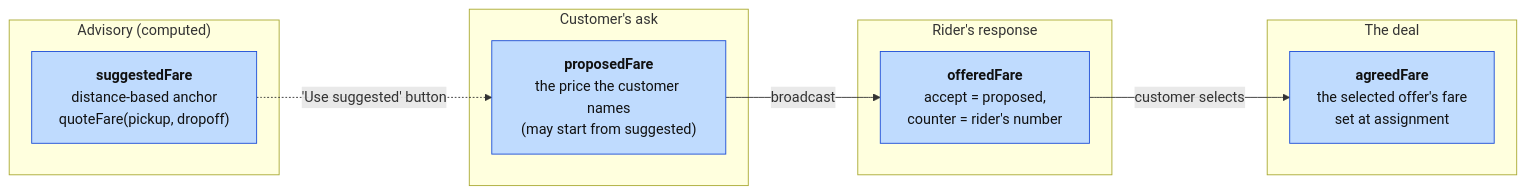
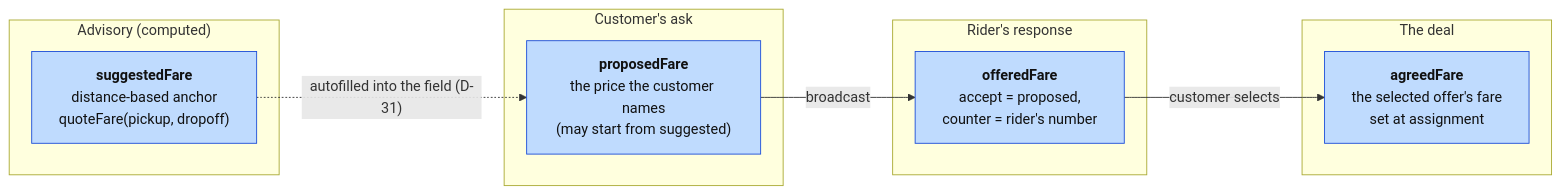
The first of 3 diagrams in docs/PRICING.md (unnfazzed/Lynia), drawn with Mermaid before and after one commit. The commit also changed other lines of this file and 9 other files, not shown here.

````diff
--- a/docs/PRICING.md
+++ b/docs/PRICING.md
@@ -26,22 +26,22 @@
 ```mermaid
 graph LR
     subgraph anchor["Advisory (computed)"]
         s["<b>suggestedFare</b><br/>distance-based anchor<br/>quoteFare(pickup, dropoff)"]
     end
     subgraph ask["Customer's ask"]
         p["<b>proposedFare</b><br/>the price the customer names<br/>(may start from suggested)"]
     end
     subgraph bid["Rider's response"]
         o["<b>offeredFare</b><br/>accept = proposed,<br/>counter = rider's number"]
     end
     subgraph deal["The deal"]
         a["<b>agreedFare</b><br/>the selected offer's fare<br/>set at assignment"]
     end
 
-    s -.->|"'Use suggested' button"| p
+    s -.->|"autofilled into the field (D-31)"| p
     p -->|broadcast| o
     o -->|customer selects| a
 
     classDef c fill:#bfdbfe,stroke:#1d4ed8,color:#111;
     class s,p,o,a c;
 ```
````
